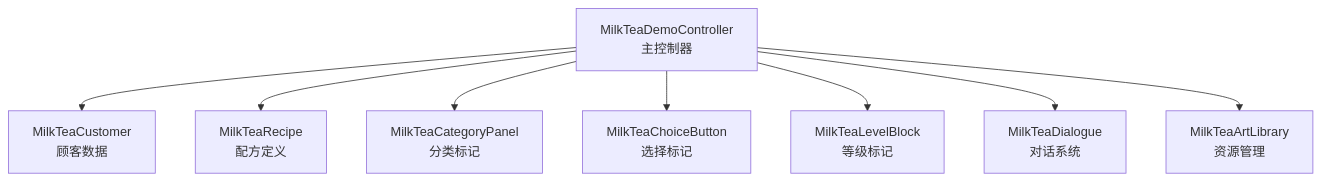
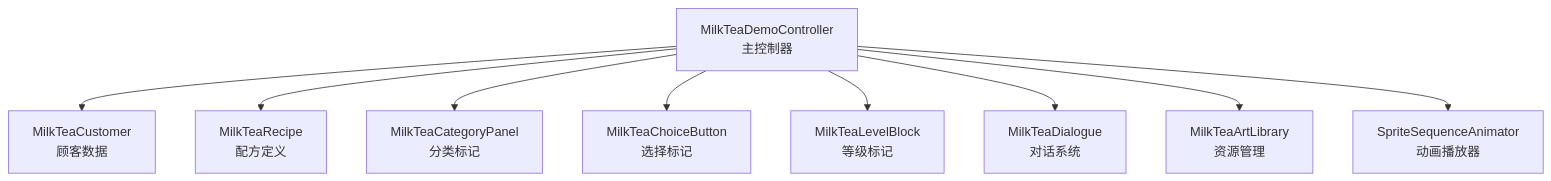
One commit to Thanatos42/-demo changed the first of 10 diagrams in .qoder/repowiki/zh/content/原料管理机制.md. Above: the diagram before and after it, drawn with Mermaid. The commit also changed other lines of this file and 56 other files, not shown here.

````diff
--- a/.qoder/repowiki/zh/content/原料管理机制.md
+++ b/.qoder/repowiki/zh/content/原料管理机制.md
@@ -55,10 +60,11 @@
 ```mermaid
 graph TB
 Controller["MilkTeaDemoController<br/>主控制器"] --> Customer["MilkTeaCustomer<br/>顾客数据"]
 Controller --> Recipe["MilkTeaRecipe<br/>配方定义"]
 Controller --> CategoryPanel["MilkTeaCategoryPanel<br/>分类标记"]
 Controller --> ChoiceButton["MilkTeaChoiceButton<br/>选择标记"]
 Controller --> LevelBlock["MilkTeaLevelBlock<br/>等级标记"]
 Controller --> Dialogue["MilkTeaDialogue<br/>对话系统"]
 Controller --> ArtLibrary["MilkTeaArtLibrary<br/>资源管理"]
+Controller --> Animator["SpriteSequenceAnimator<br/>动画播放器"]
 ```
````
